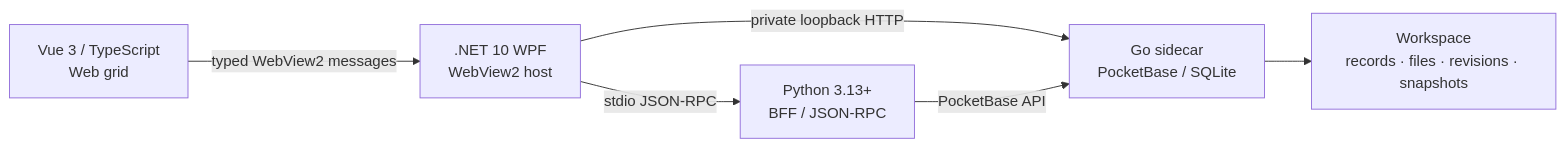
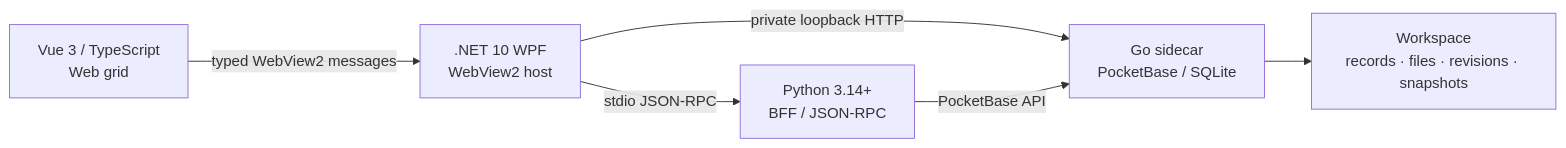
The diagram in README.md (FelixJI/VibeTable), drawn with Mermaid before and after one commit. The commit also changed other lines of this file and 96 other files, not shown here.

````diff
--- a/README.md
+++ b/README.md
@@ -105,14 +105,14 @@
 ```mermaid
 flowchart LR
     Web["Vue 3 / TypeScript<br/>Web grid"]
     Host[".NET 10 WPF<br/>WebView2 host"]
-    BFF["Python 3.13+<br/>BFF / JSON-RPC"]
+    BFF["Python 3.14+<br/>BFF / JSON-RPC"]
     Sidecar["Go sidecar<br/>PocketBase / SQLite"]
     Workspace["Workspace<br/>records · files · revisions · snapshots"]
 
     Web -- "typed WebView2 messages" --> Host
     Host -- "stdio JSON-RPC" --> BFF
     Host -- "private loopback HTTP" --> Sidecar
     BFF -- "PocketBase API" --> Sidecar
     Sidecar --> Workspace
 ```
````
